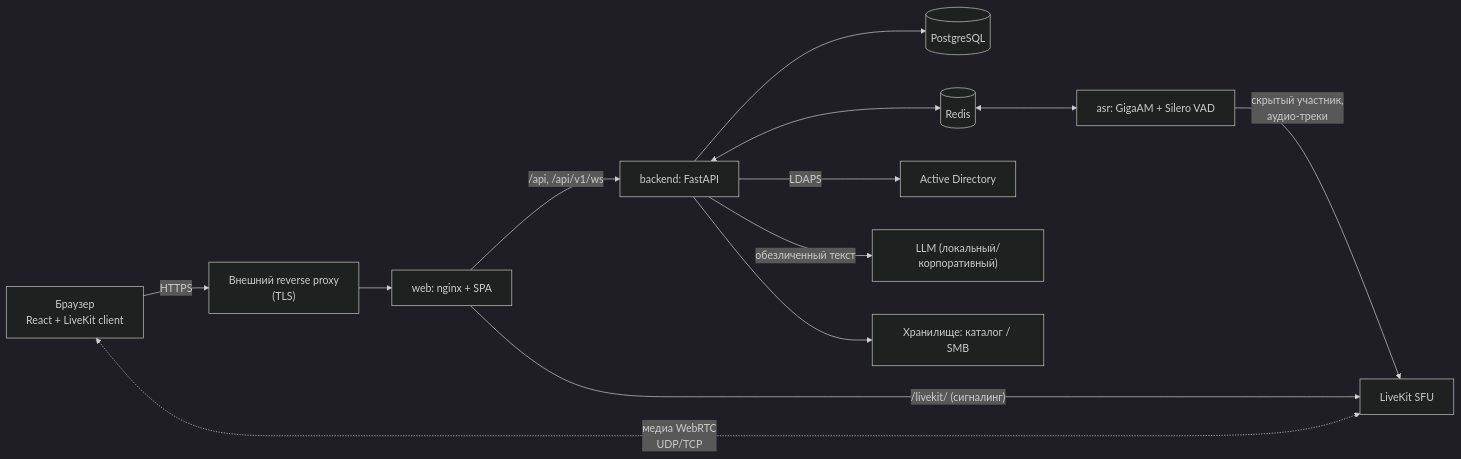
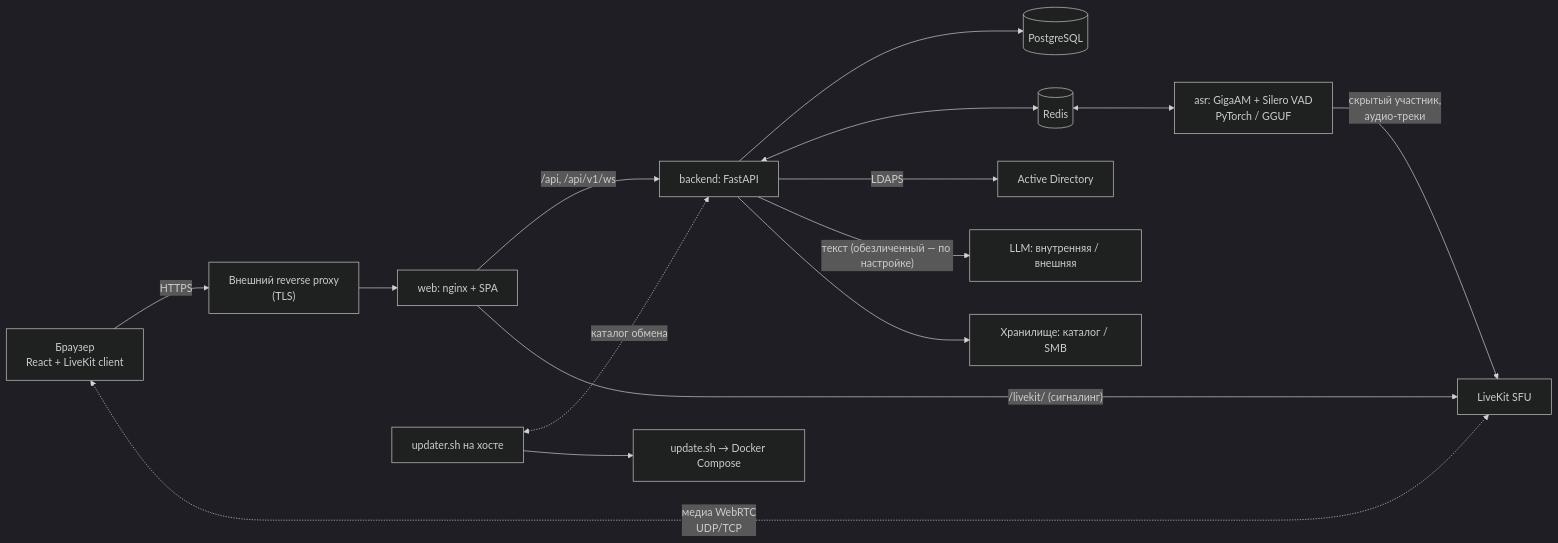
One commit to calleograph/peregovorka changed the diagram in README.md. Above: the diagram before and after it, drawn with Mermaid (dark theme). The commit also changed other lines of this file and 9 other files, not shown here.

First line of the commit message:
README: новая главная страница с возможностями, скриншотами интерфейса и схемой

````diff
--- a/README.md
+++ b/README.md
@@ -103,15 +151,17 @@
 ```mermaid
 flowchart LR
   B["Браузер<br/>React + LiveKit client"] -- "HTTPS" --> P["Внешний reverse proxy<br/>(TLS)"]
   P --> W["web: nginx + SPA"]
   W -- "/api, /api/v1/ws" --> BE["backend: FastAPI"]
   W -- "/livekit/ (сигналинг)" --> LK["LiveKit SFU"]
   B <-. "медиа WebRTC<br/>UDP/TCP" .-> LK
   BE --> PG[("PostgreSQL")]
   BE <--> R[("Redis")]
   BE -- "LDAPS" --> AD["Active Directory"]
-  BE -- "обезличенный текст" --> LLM["LLM (локальный/корпоративный)"]
+  BE -- "текст (обезличенный — по настройке)" --> LLM["LLM: внутренняя / внешняя"]
   BE --> ST["Хранилище: каталог / SMB"]
-  R <--> ASR["asr: GigaAM + Silero VAD"]
+  R <--> ASR["asr: GigaAM + Silero VAD<br/>PyTorch / GGUF"]
   ASR -- "скрытый участник,<br/>аудио-треки" --> LK
+  UP["updater.sh на хосте"] <-. "каталог обмена" .-> BE
+  UP --> UPD["update.sh → Docker Compose"]
 ```
````
